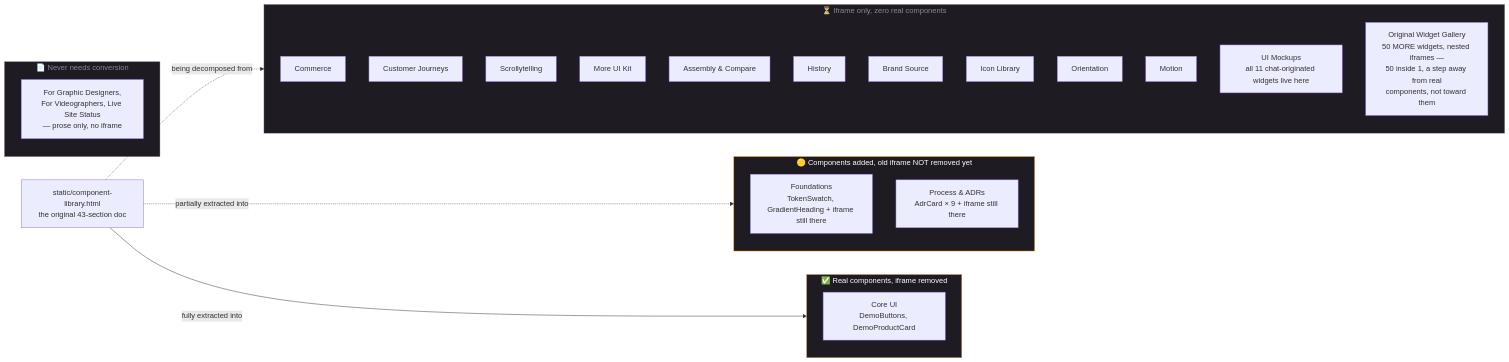
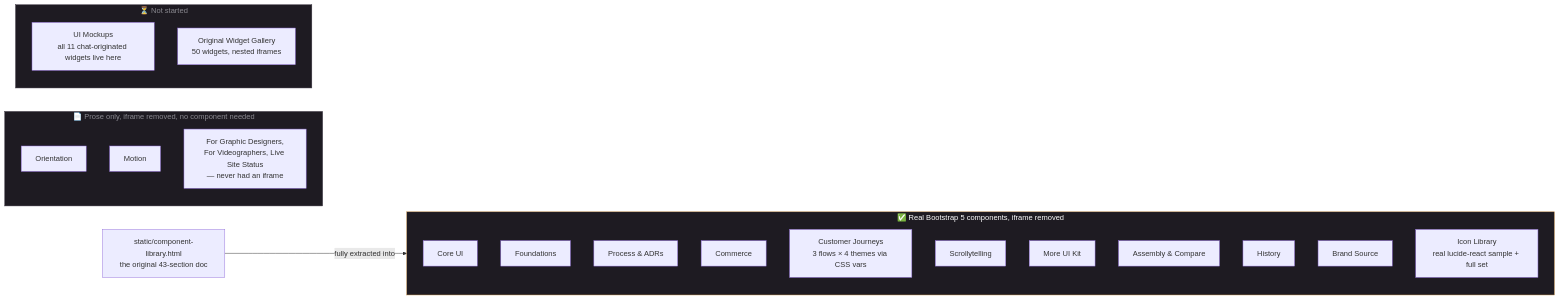
Before and after one commit to andiekobbietks/afj-docs: the first of 2 diagrams in README.md, drawn with Mermaid. The commit also changed other lines of this file, not shown here.

Commit message:
Update the migration diagram to match reality — 11 of 13 pages done
Every page that ever had an iframe now has real Bootstrap 5 components,
except the two collections (UI Mockups, Original Widget Gallery) with
61 widgets between them still needing the same treatment.

````diff
--- a/README.md
+++ b/README.md
@@ -67,39 +67,33 @@
 ```mermaid
 flowchart LR
-    subgraph done["✅ Real components, iframe removed"]
-        CoreUI["Core UI<br/>DemoButtons, DemoProductCard"]
-    end
-
-    subgraph half["🟡 Components added, old iframe NOT removed yet"]
-        Foundations["Foundations<br/>TokenSwatch, GradientHeading + iframe still there"]
-        ADRs["Process & ADRs<br/>AdrCard × 9 + iframe still there"]
-    end
-
-    subgraph pending["⏳ Iframe only, zero real components"]
+    subgraph done["✅ Real Bootstrap 5 components, iframe removed"]
+        CoreUI["Core UI"]
+        Foundations["Foundations"]
+        ADRs["Process & ADRs"]
         Commerce["Commerce"]
-        Journeys["Customer Journeys"]
+        Journeys["Customer Journeys<br/>3 flows × 4 themes via CSS vars"]
         Scrolly["Scrollytelling"]
         MoreUI["More UI Kit"]
         Assembly["Assembly & Compare"]
         History["History"]
         Brand["Brand Source"]
-        Icons2["Icon Library"]
+        Icons2["Icon Library<br/>real lucide-react sample + full set"]
+    end
+
+    subgraph reference["📄 Prose only, iframe removed, no component needed"]
         Orient2["Orientation"]
         MotionPage["Motion"]
-        Mockups["UI Mockups<br/>all 11 chat-originated widgets live here"]
-        Gallery["Original Widget Gallery<br/>50 MORE widgets, nested iframes —<br/>50 inside 1, a step away from real<br/>components, not toward them"]
+        Designers["For Graphic Designers,<br/>For Videographers, Live Site Status<br/>— never had an iframe"]
     end
 
-    subgraph reference["📄 Never needs conversion"]
-        Designers["For Graphic Designers,<br/>For Videographers, Live Site Status<br/>— prose only, no iframe"]
+    subgraph pending["⏳ Not started"]
+        Mockups["UI Mockups<br/>all 11 chat-originated widgets live here"]
+        Gallery["Original Widget Gallery<br/>50 widgets, nested iframes"]
     end
 
-    Source["static/component-library.html<br/>the original 43-section doc"] -.->|being decomposed from| pending
-    Source -.->|partially extracted into| half
-    Source -->|fully extracted into| done
+    Source["static/component-library.html<br/>the original 43-section doc"] -->|fully extracted into| done
 
     style done fill:#1E1B22,stroke:#C99552,color:#fff
-    style half fill:#1E1B22,stroke:#f39c12,color:#fff
     style pending fill:#1E1B22,stroke:#3A3441,color:#8a8990
     style reference fill:#1E1B22,stroke:#3A3441,color:#8a8990
 ```
````
